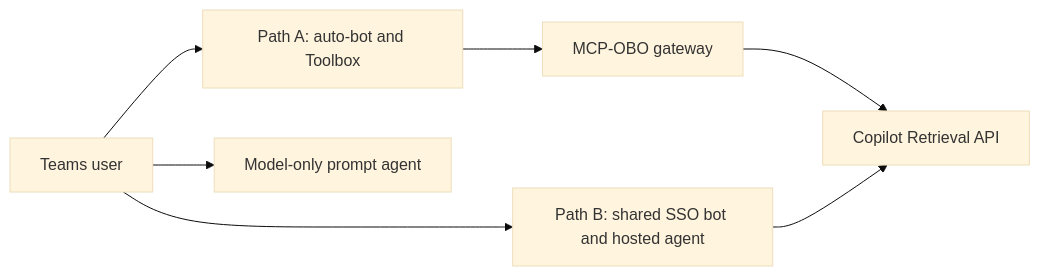
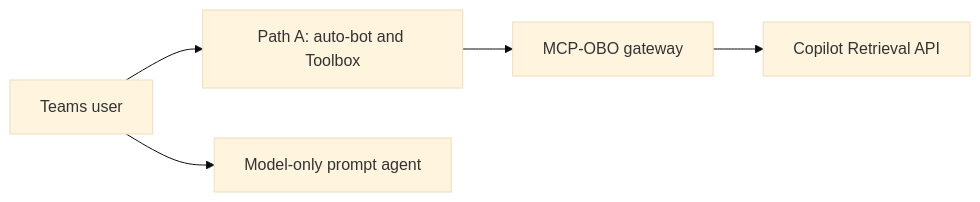
The third of 3 diagrams in guides/agent-tool-support-matrix.md (Heenanl/Foundry_EnterpriseAgents), drawn with Mermaid (base theme) before and after one commit. The commit also changed other lines of this file and 26 other files, not shown here.

````diff
--- a/guides/agent-tool-support-matrix.md
+++ b/guides/agent-tool-support-matrix.md
@@ -35,9 +34,7 @@
 ```mermaid
 flowchart LR
 U[Teams user] --> A[Path A: auto-bot and Toolbox]
 A --> G[MCP-OBO gateway]
-U --> B[Path B: shared SSO bot and hosted agent]
 G --> R[Copilot Retrieval API]
-B --> R
 U --> M[Model-only prompt agent]
 ```
````
